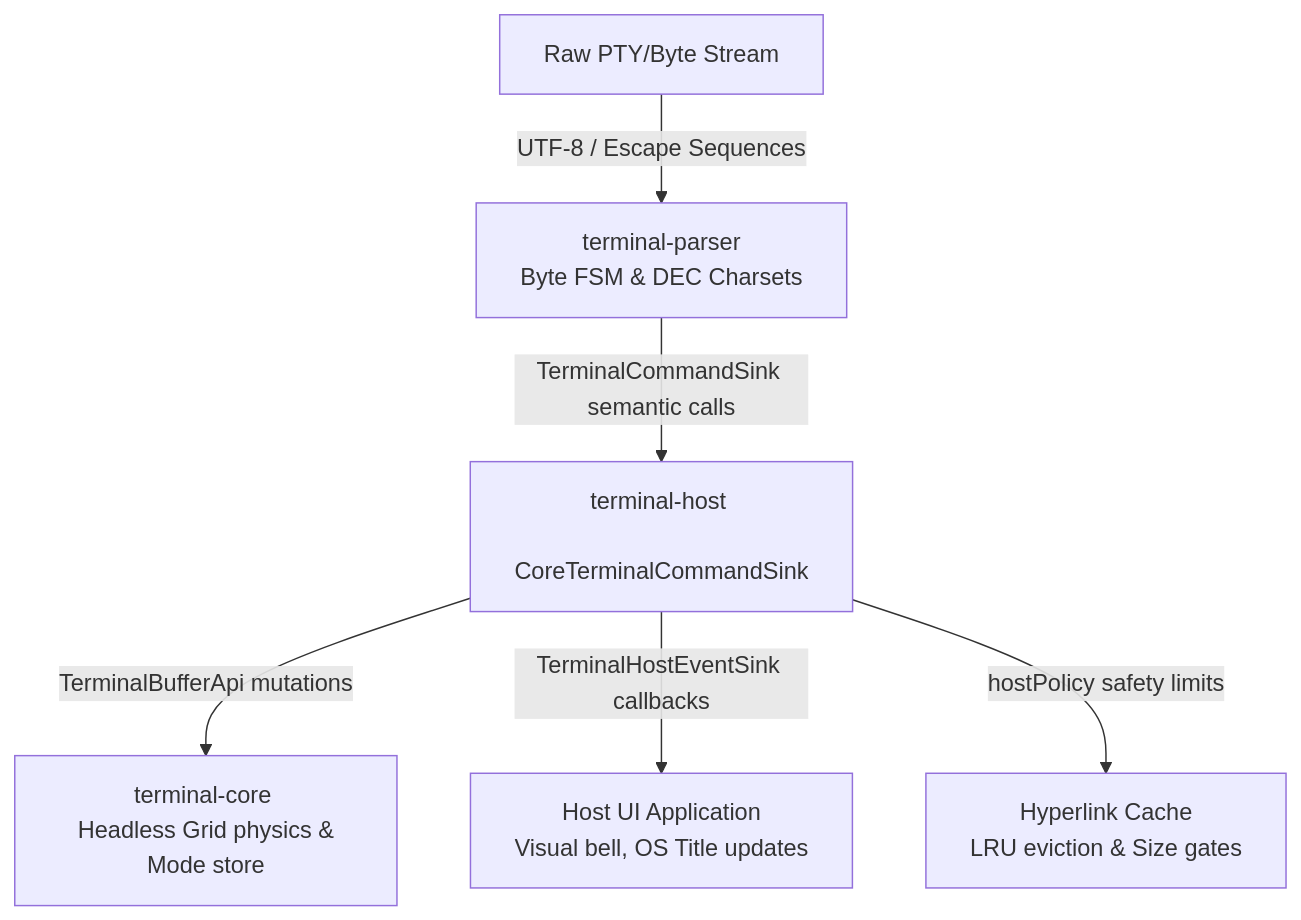
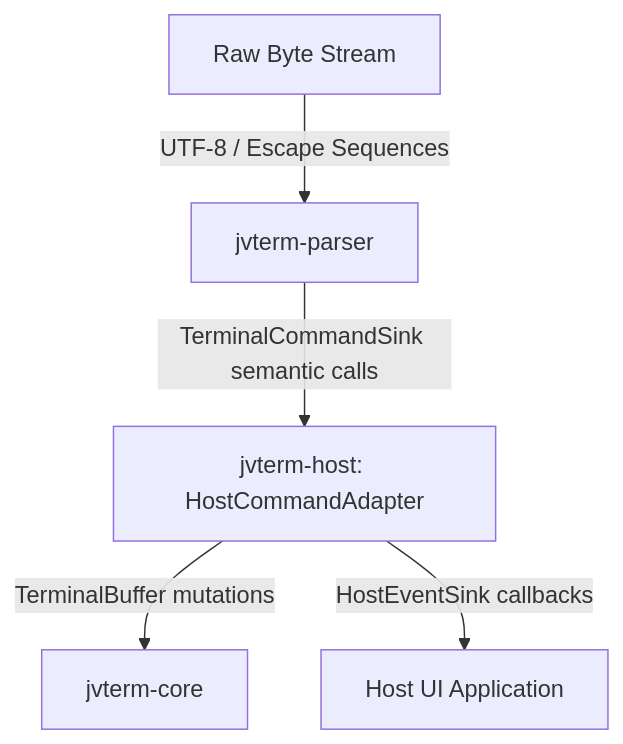
The diagram in jvterm-host/README.md (jvterm/JvTerm), drawn with Mermaid before and after one commit. The commit also changed other lines of this file and 52 other files, not shown here.

````diff
--- a/jvterm-host/README.md
+++ b/jvterm-host/README.md
@@ -13,8 +20,7 @@
 ```mermaid
 graph TD
-    HostBytes[Raw PTY/Byte Stream] -->|UTF-8 / Escape Sequences| Parser[terminal-parser <br> Byte FSM & DEC Charsets]
-    Parser -->|TerminalCommandSink semantic calls| Integration[terminal-host <br> CoreTerminalCommandSink]
-    Integration -->|TerminalBufferApi mutations| Core[terminal-core <br> Headless Grid physics & Mode store]
-    Integration -->|TerminalHostEventSink callbacks| HostApp[Host UI Application <br> Visual bell, OS Title updates]
-    Integration -->|hostPolicy safety limits| HyperlinkLRU[Hyperlink Cache <br> LRU eviction & Size gates]
+    HostBytes[Raw Byte Stream] -->|UTF-8 / Escape Sequences| Parser[jvterm-parser]
+    Parser -->|TerminalCommandSink semantic calls| Integration[jvterm-host: HostCommandAdapter]
+    Integration -->|TerminalBuffer mutations| Core[jvterm-core]
+    Integration -->|HostEventSink callbacks| HostApp[Host UI Application]
 ```
````
